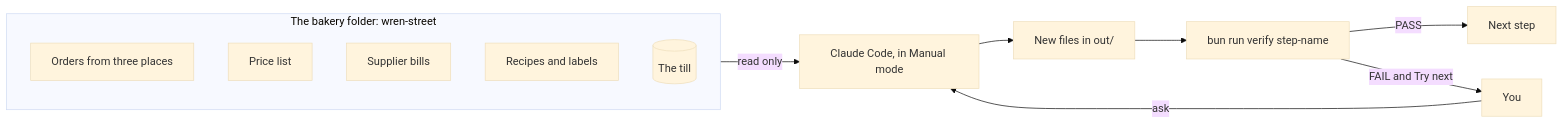
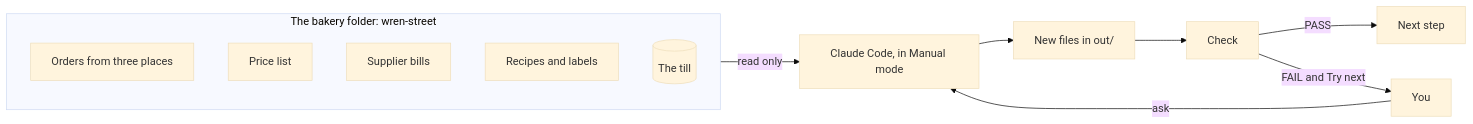
Before and after one commit to learnwithparam/claude-code-for-everyone: the diagram in README.md, drawn with Mermaid (base theme). The commit also changed other lines of this file and 33 other files, not shown here.

````diff
--- a/README.md
+++ b/README.md
@@ -47,16 +59,16 @@
 ```mermaid
 flowchart LR
   subgraph Bakery[The bakery folder: wren-street]
     O[Orders from three places]
     P[Price list]
     I[Supplier bills]
     R[Recipes and labels]
     T[(The till)]
   end
   You[You] -->|ask| C[Claude Code, in Manual mode]
   Bakery -->|read only| C
   C --> Out[New files in out/]
-  Out --> V[bun run verify step-name]
+  Out --> V[Check]
   V -->|PASS| Next[Next step]
   V -->|FAIL and Try next| You
 ```
````
